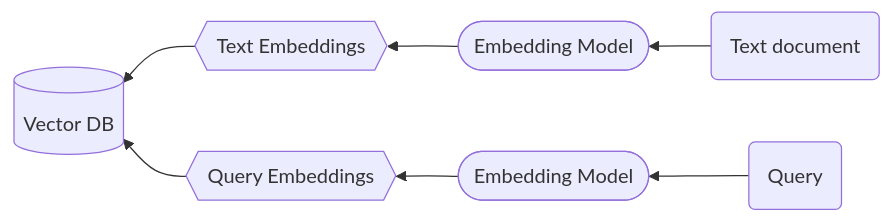
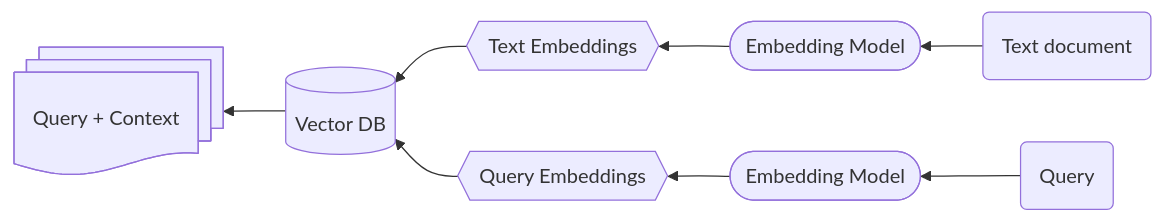
The diagram in README.md (sariaslaso/query-engine-RAG), drawn with Mermaid before and after one commit.

Commit message:
trying out mermaid

````diff
--- a/README.md
+++ b/README.md
@@ -5,9 +5,10 @@
 ```mermaid
 flowchart RL
 	id1(Text document) --> id2([Embedding Model]);
 	id2 --> id3@{ shape: hex, label: "Text Embeddings"};
 	id3 --> id4[(Vector DB)];
 	id5(Query) --> id6([Embedding Model]);
 	id6 --> id7@{ shape: hex, label: "Query Embeddings"};
 	id7 --> id4;
+	id4 --> id8@{ shape: docs, label: "Query + Context"};
 ```
````
